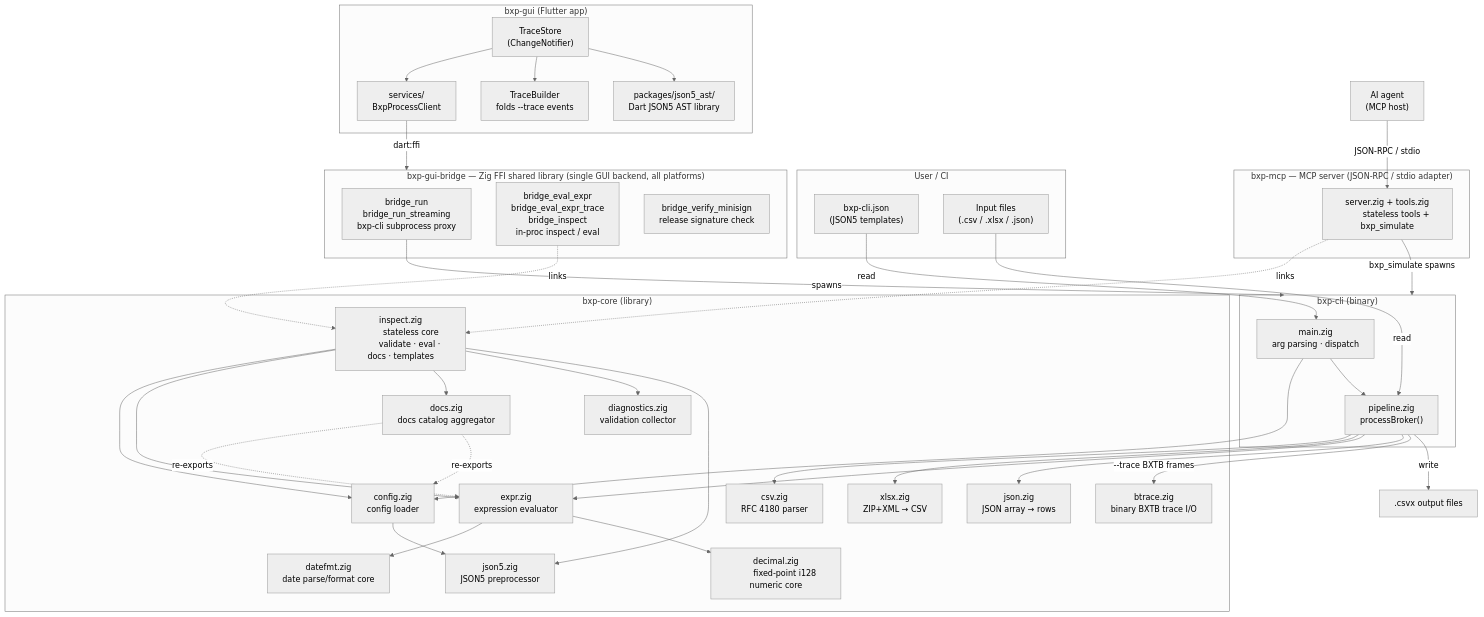
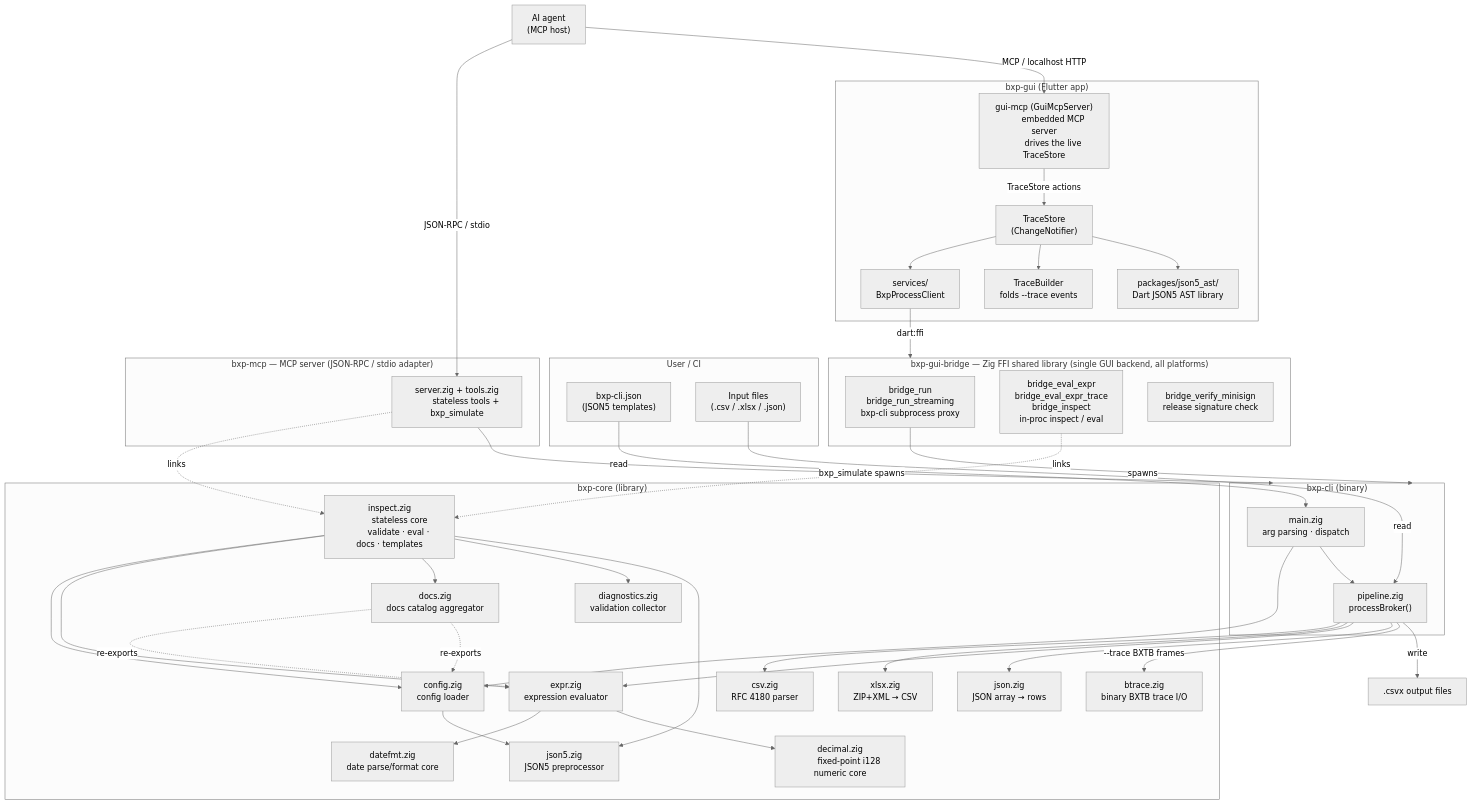
Before and after one commit to zaxified/bxp: the first of 17 diagrams in docs/architecture.md, drawn with Mermaid (neutral theme). The commit also changed other lines of this file and 14 other files, not shown here.

````diff
--- a/docs/architecture.md
+++ b/docs/architecture.md
@@ -48,6 +48,9 @@
         BxpProcessClient"]
         AST_LIB["packages/json5_ast/
         Dart JSON5 AST library"]
+        GUIMCP["gui-mcp (GuiMcpServer)
+        embedded MCP server
+        drives the live TraceStore"]
     end
 
     subgraph BRIDGE["bxp-gui-bridge — Zig FFI shared library (single GUI backend, all platforms)"]
@@ -130,6 +133,8 @@
     STORE --> AST_LIB
 
     AGENT -->|JSON-RPC / stdio| MCPSRV
+    AGENT -->|MCP / localhost HTTP| GUIMCP
+    GUIMCP -->|TraceStore actions| STORE
     MCPSRV -.links.-> INSPECT
     MCPSRV -->|bxp_simulate spawns| CLI
 ```
````
